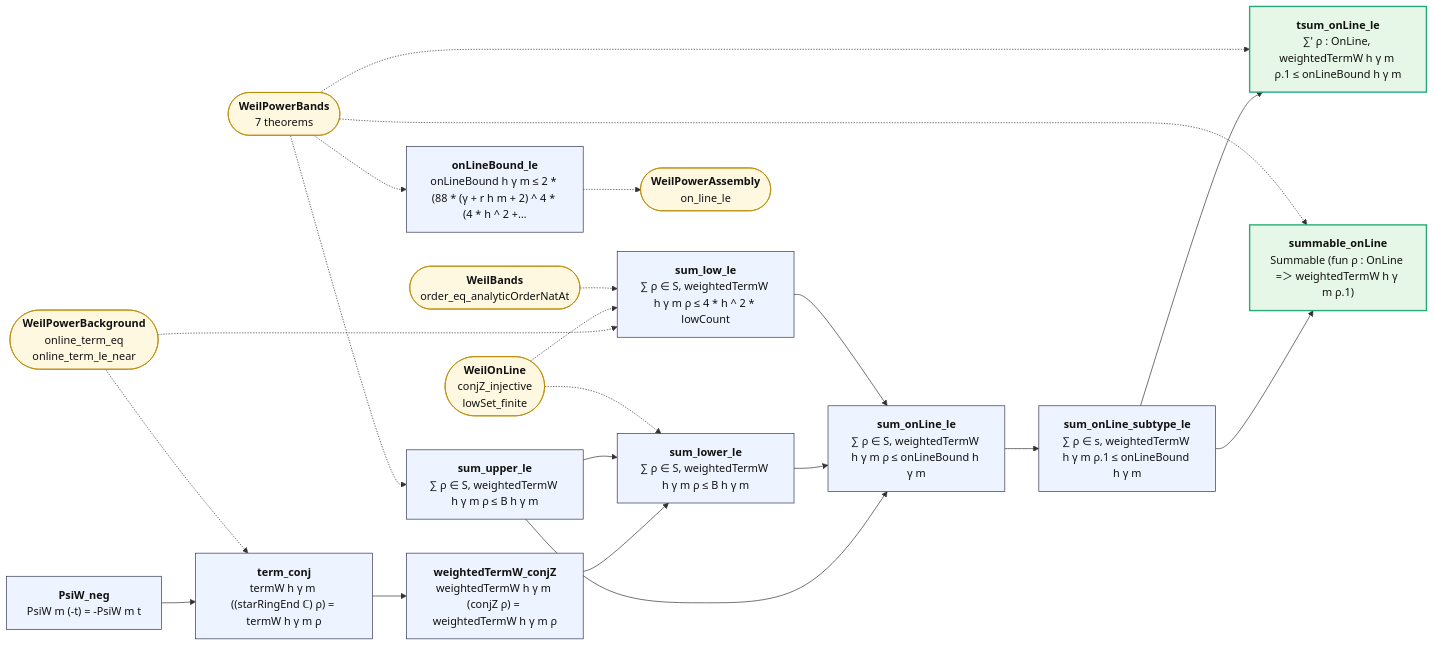
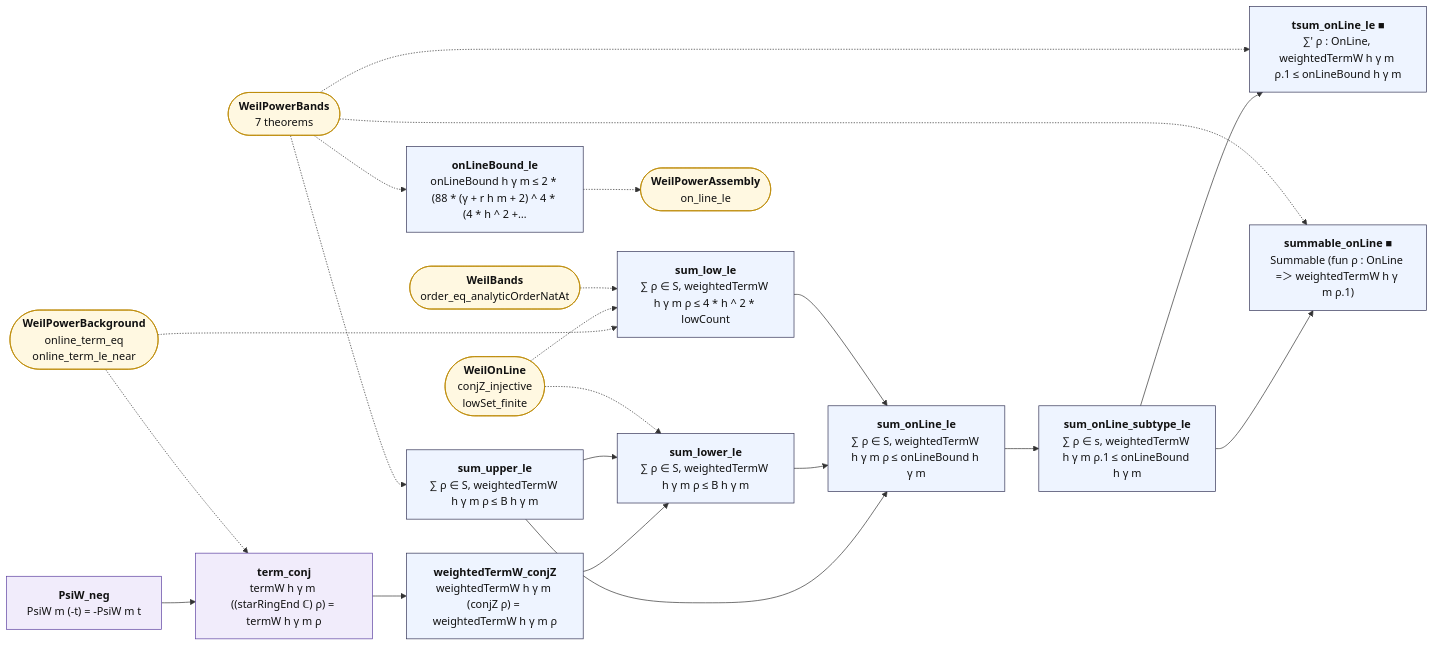
The diagram in map/lean_stage3/WeilPowerOnLine.md (juliansambranojr/Primebeat_081426), drawn with Mermaid before and after one commit. The commit also changed other lines of this file and 398 other files, not shown here.

````diff
--- a/map/lean_stage3/WeilPowerOnLine.md
+++ b/map/lean_stage3/WeilPowerOnLine.md
@@ -12,44 +12,47 @@
 ```mermaid
 flowchart LR
-  n0["<b>PsiW_neg</b><br/>PsiW m (-t) = -PsiW m t"]:::thm
-  n1["<b>term_conj</b><br/>termW h γ m ((starRingEnd ℂ) ρ) = termW h γ m ρ"]:::thm
+  n0["<b>PsiW_neg</b><br/>PsiW m (-t) = -PsiW m t"]:::shp
+  n1["<b>term_conj</b><br/>termW h γ m ((starRingEnd ℂ) ρ) = termW h γ m ρ"]:::shp
   n2["<b>weightedTermW_conjZ</b><br/>weightedTermW h γ m (conjZ ρ) = weightedTermW h γ m ρ"]:::thm
   n3["<b>sum_upper_le</b><br/>∑ ρ ∈ S, weightedTermW h γ m ρ ≤ B h γ m"]:::thm
   n4["<b>sum_lower_le</b><br/>∑ ρ ∈ S, weightedTermW h γ m ρ ≤ B h γ m"]:::thm
   n5["<b>sum_low_le</b><br/>∑ ρ ∈ S, weightedTermW h γ m ρ ≤ 4 * h ^ 2 * lowCount"]:::thm
   n6["<b>sum_onLine_le</b><br/>∑ ρ ∈ S, weightedTermW h γ m ρ ≤ onLineBound h γ m"]:::thm
   n7["<b>sum_onLine_subtype_le</b><br/>∑ ρ ∈ s, weightedTermW h γ m ρ.1 ≤ onLineBound h γ m"]:::thm
-  n8["<b>tsum_onLine_le</b><br/>∑' ρ : OnLine, weightedTermW h γ m ρ.1 ≤ onLineBound h γ m"]:::end_
-  n9["<b>summable_onLine</b><br/>Summable (fun ρ : OnLine =＞ weightedTermW h γ m ρ.1)"]:::end_
+  n8["<b>tsum_onLine_le ■</b><br/>∑' ρ : OnLine, weightedTermW h γ m ρ.1 ≤ onLineBound h γ m"]:::thm
+  n9["<b>summable_onLine ■</b><br/>Summable (fun ρ : OnLine =＞ weightedTermW h γ m ρ.1)"]:::thm
   n10["<b>onLineBound_le</b><br/>onLineBound h γ m ≤ 2 * (88 * (γ + r h m + 2) ^ 4 * (4 * h ^ 2 +…"]:::thm
   x0(["<b>WeilPowerBackground</b><br/>online_term_eq<br/>online_term_le_near"]):::ext
   x1(["<b>WeilPowerBands</b><br/>7 theorems"]):::ext
   x2(["<b>WeilOnLine</b><br/>conjZ_injective<br/>lowSet_finite"]):::ext
   x3(["<b>WeilBands</b><br/>order_eq_analyticOrderNatAt"]):::ext
   x4(["<b>WeilPowerAssembly</b><br/>on_line_le"]):::ext
   n0 --> n1
   n1 --> n2
   n2 --> n4
   n3 --> n4
   n3 --> n6
   n4 --> n6
   n5 --> n6
   n6 --> n7
   n7 --> n8
   n7 --> n9
   n10 -.-> x4
   x0 -.-> n1
   x0 -.-> n5
   x1 -.-> n10
   x1 -.-> n3
   x1 -.-> n8
   x1 -.-> n9
   x2 -.-> n4
   x2 -.-> n5
   x3 -.-> n5
+  classDef cnt fill:#dff5ec,stroke:#17694a,color:#111
+  classDef shp fill:#f1ecfb,stroke:#5b3fa0,color:#111
+  classDef rh fill:#ffe5e5,stroke:#c22,color:#111,stroke-width:2px
   classDef thm fill:#eef4ff,stroke:#335,color:#111
   classDef end_ fill:#e7f7e7,stroke:#2a7,color:#111,stroke-width:2px
   classDef lone fill:#fff,stroke:#999,color:#111,stroke-dasharray:4 3
   classDef bad fill:#ffe5e5,stroke:#c22,color:#111,stroke-width:2px
   classDef ext fill:#fff8e1,stroke:#b80,color:#111
 ```
````
